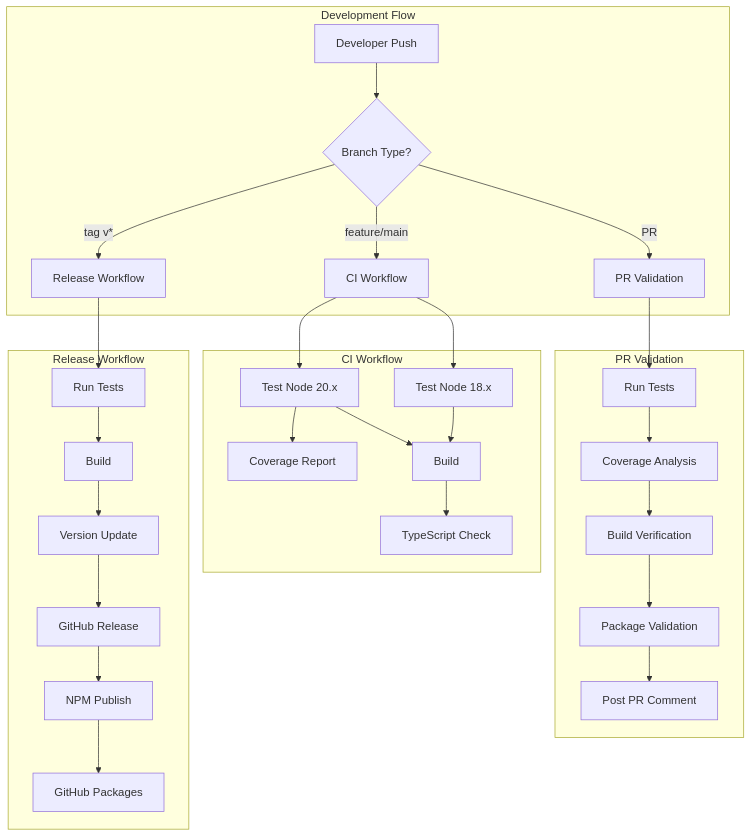
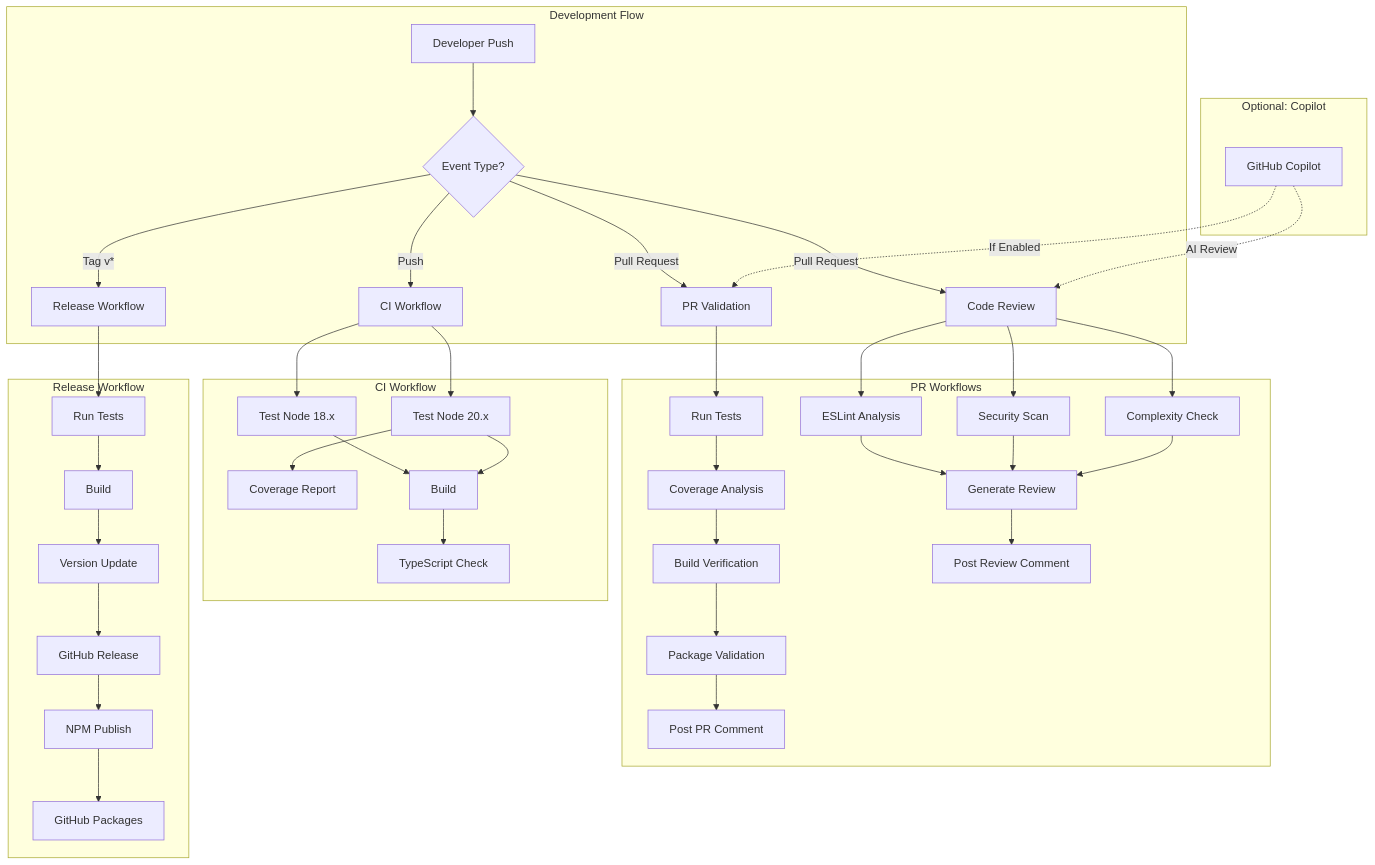
Before and after one commit to johnplantada/jp-mcp-server: the first of 11 diagrams in CICD.md, drawn with Mermaid. The commit also changed other lines of this file and 1 other file, not shown here.

````diff
--- a/CICD.md
+++ b/CICD.md
@@ -9,35 +18,49 @@
 ```mermaid
 graph TB
     subgraph "Development Flow"
-        A[Developer Push] --> B{Branch Type?}
-        B -->|feature/main| C[CI Workflow]
-        B -->|PR| D[PR Validation]
-        B -->|tag v*| E[Release Workflow]
+        A[Developer Push] --> B{Event Type?}
+        B -->|Push| C[CI Workflow]
+        B -->|Pull Request| D[PR Validation]
+        B -->|Pull Request| E[Code Review]
+        B -->|Tag v*| F[Release Workflow]
     end
     
     subgraph "CI Workflow"
         C --> C1[Test Node 18.x]
         C --> C2[Test Node 20.x]
         C2 --> C3[Coverage Report]
         C1 --> C4[Build]
         C2 --> C4
         C4 --> C5[TypeScript Check]
     end
     
-    subgraph "PR Validation"
+    subgraph "PR Workflows"
         D --> D1[Run Tests]
         D1 --> D2[Coverage Analysis]
         D2 --> D3[Build Verification]
         D3 --> D4[Package Validation]
         D4 --> D5[Post PR Comment]
+        
+        E --> E1[ESLint Analysis]
+        E --> E2[Security Scan]
+        E --> E3[Complexity Check]
+        E1 --> E4[Generate Review]
+        E2 --> E4
+        E3 --> E4
+        E4 --> E5[Post Review Comment]
     end
     
     subgraph "Release Workflow"
-        E --> E1[Run Tests]
-        E1 --> E2[Build]
-        E2 --> E3[Version Update]
-        E3 --> E4[GitHub Release]
-        E4 --> E5[NPM Publish]
-        E5 --> E6[GitHub Packages]
+        F --> F1[Run Tests]
+        F1 --> F2[Build]
+        F2 --> F3[Version Update]
+        F3 --> F4[GitHub Release]
+        F4 --> F5[NPM Publish]
+        F5 --> F6[GitHub Packages]
+    end
+    
+    subgraph "Optional: Copilot"
+        G[GitHub Copilot] -.->|If Enabled| D
+        G -.->|AI Review| E
     end
 ```
````
